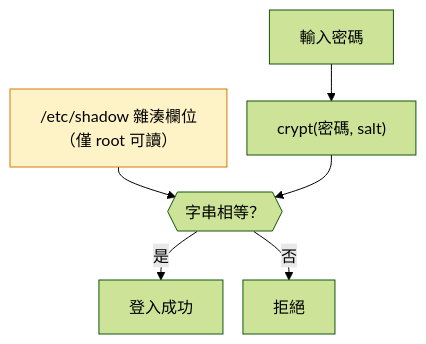
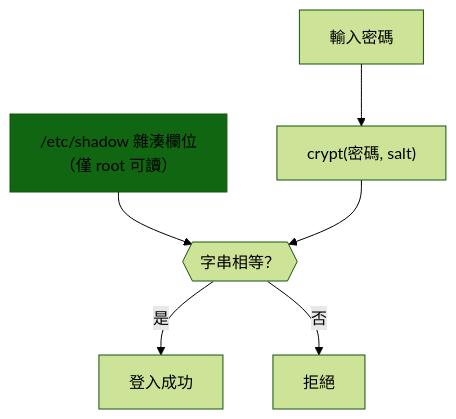
Before and after one commit to FizzyElt/mono-miscellany: the second of 3 diagrams in projects/slides/sshhole/sshhole.md, drawn with Mermaid (forest theme). The commit also changed other lines of this file, not shown here.

Commit message:
fix: update sshhole presentation with improved flowchart styling and additional explanations

````diff
--- a/projects/slides/sshhole/sshhole.md
+++ b/projects/slides/sshhole/sshhole.md
@@ -72,12 +71,11 @@
 ```mermaid
-%%{init: {"flowchart": {"nodeSpacing": 20, "rankSpacing": 25}}}%%
 flowchart TB
   In[輸入密碼] --> Crypt["crypt(密碼, salt)"]
   Store["/etc/shadow 雜湊欄位<br/>（僅 root 可讀）"] --> Cmp
   Crypt --> Cmp{{字串相等？}}
   Cmp -->|是| OK[登入成功]
   Cmp -->|否| NG[拒絕]
 
-  classDef changed fill:#fef3c7,stroke:#d97706
+  classDef changed fill:#116611
   class Store changed
 ```
````
